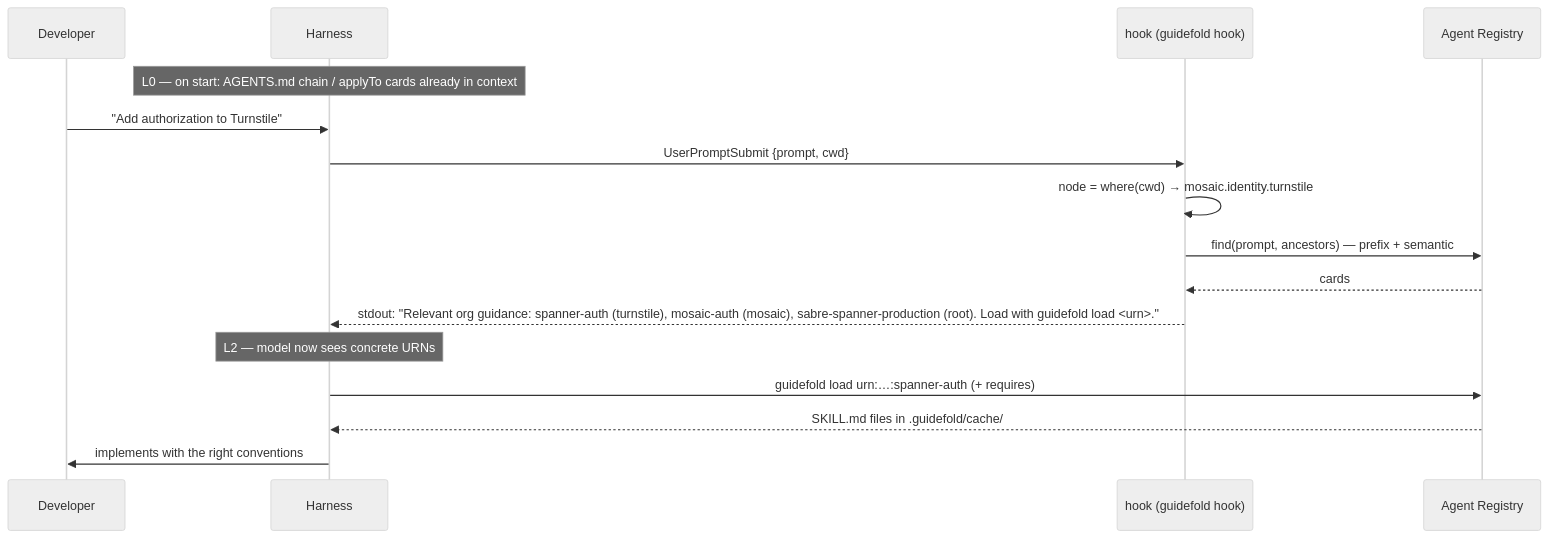
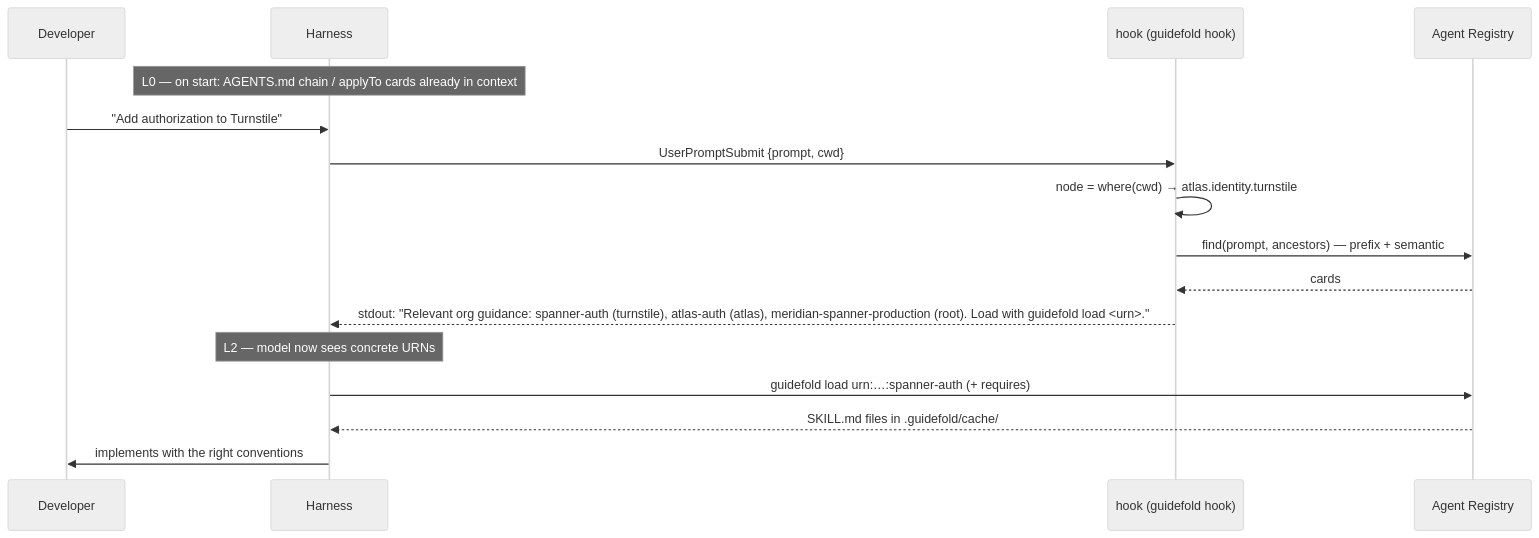
The fourth of 4 diagrams in docs/archive/DESIGN-v0.2.md (wiatrM/guidefold), drawn with Mermaid (neutral theme) before and after one commit. The commit also changed other lines of this file and 10 other files, not shown here.

````diff
--- a/docs/archive/DESIGN-v0.2.md
+++ b/docs/archive/DESIGN-v0.2.md
@@ -158,19 +158,19 @@
 ```mermaid
 sequenceDiagram
   participant U as Developer
   participant H as Harness
   participant K as hook (guidefold hook)
   participant AR as Agent Registry
 
   Note over H: L0 — on start: AGENTS.md chain / applyTo cards already in context
   U->>H: "Add authorization to Turnstile"
   H->>K: UserPromptSubmit {prompt, cwd}
-  K->>K: node = where(cwd)  →  mosaic.identity.turnstile
+  K->>K: node = where(cwd)  →  atlas.identity.turnstile
   K->>AR: find(prompt, ancestors) — prefix + semantic
   AR-->>K: cards
-  K-->>H: stdout: "Relevant org guidance: spanner-auth (turnstile), mosaic-auth (mosaic), sabre-spanner-production (root). Load with guidefold load <urn>."
+  K-->>H: stdout: "Relevant org guidance: spanner-auth (turnstile), atlas-auth (atlas), meridian-spanner-production (root). Load with guidefold load <urn>."
   Note over H: L2 — model now sees concrete URNs
   H->>AR: guidefold load urn:…:spanner-auth  (+ requires)
   AR-->>H: SKILL.md files in .guidefold/cache/
   H->>U: implements with the right conventions
 ```
````
